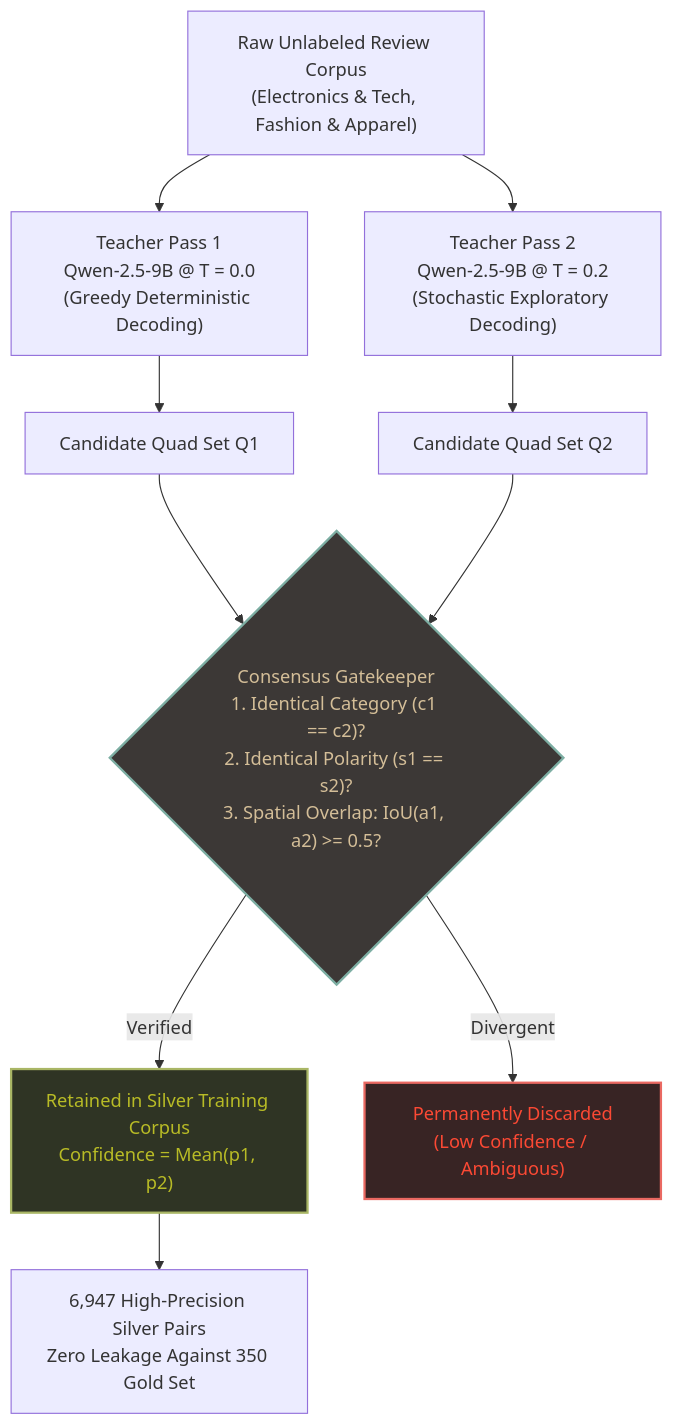
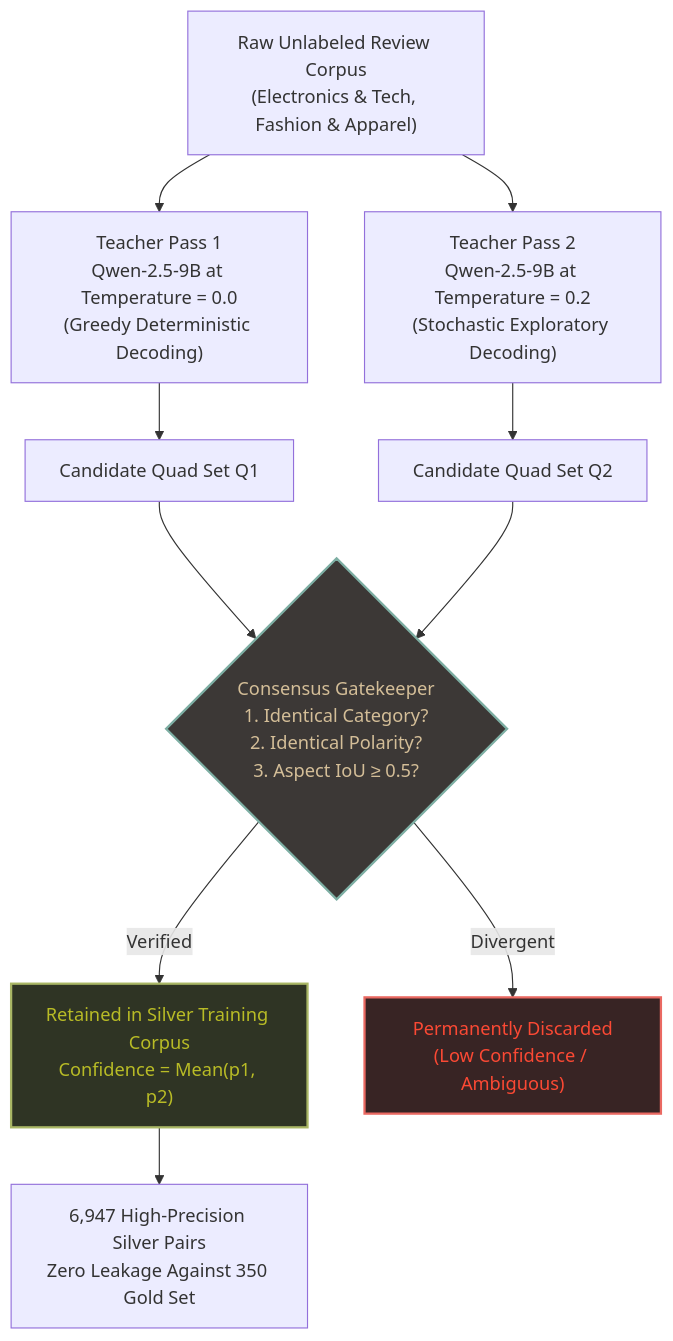
Before and after one commit to parth-sarthi-code/ProductLens-Sentiment: the fourth of 6 diagrams in docs/ARCHITECTURE.md, drawn with Mermaid. The commit also changed other lines of this file and 1 other file, not shown here.

Commit message:
fix(docs): overhaul all Mermaid diagrams for full GitHub rendering compatibility

````diff
--- a/docs/ARCHITECTURE.md
+++ b/docs/ARCHITECTURE.md
@@ -202,20 +189,20 @@
 ```mermaid
 flowchart TD
-    CORPUS["Raw Unlabeled Review Corpus\n(Electronics & Tech, Fashion & Apparel)"] --> T1["Teacher Pass 1\nQwen-2.5-9B @ T = 0.0\n(Greedy Deterministic Decoding)"]
-    CORPUS --> T2["Teacher Pass 2\nQwen-2.5-9B @ T = 0.2\n(Stochastic Exploratory Decoding)"]
+    CORPUS["Raw Unlabeled Review Corpus<br/>(Electronics & Tech, Fashion & Apparel)"] --> T1["Teacher Pass 1<br/>Qwen-2.5-9B at Temperature = 0.0<br/>(Greedy Deterministic Decoding)"]
+    CORPUS --> T2["Teacher Pass 2<br/>Qwen-2.5-9B at Temperature = 0.2<br/>(Stochastic Exploratory Decoding)"]
 
     T1 --> S1["Candidate Quad Set Q1"]
     T2 --> S2["Candidate Quad Set Q2"]
 
-    S1 --> MATCH{"Consensus Gatekeeper\n1. Identical Category (c1 == c2)?\n2. Identical Polarity (s1 == s2)?\n3. Spatial Overlap: IoU(a1, a2) >= 0.5?"}
+    S1 --> MATCH{"Consensus Gatekeeper<br/>1. Identical Category?<br/>2. Identical Polarity?<br/>3. Aspect IoU &ge; 0.5?"}
     S2 --> MATCH
 
-    MATCH -- Verified --> ACCEPT["Retained in Silver Training Corpus\nConfidence = Mean(p1, p2)"]
-    MATCH -- Divergent --> REJECT["Permanently Discarded\n(Low Confidence / Ambiguous)"]
+    MATCH -->|Verified| ACCEPT["Retained in Silver Training Corpus<br/>Confidence = Mean(p1, p2)"]
+    MATCH -->|Divergent| REJECT["Permanently Discarded<br/>(Low Confidence / Ambiguous)"]
 
-    ACCEPT --> FINAL["6,947 High-Precision Silver Pairs\nZero Leakage Against 350 Gold Set"]
+    ACCEPT --> FINAL["6,947 High-Precision Silver Pairs<br/>Zero Leakage Against 350 Gold Set"]
 
     style MATCH fill:#3c3836,stroke:#7daea3,stroke-width:2px,color:#d4be98
     style ACCEPT fill:#2f3424,stroke:#a9b665,stroke-width:2px,color:#b8bb26
     style REJECT fill:#382424,stroke:#ea6962,stroke-width:2px,color:#fb4934
 ```
````
